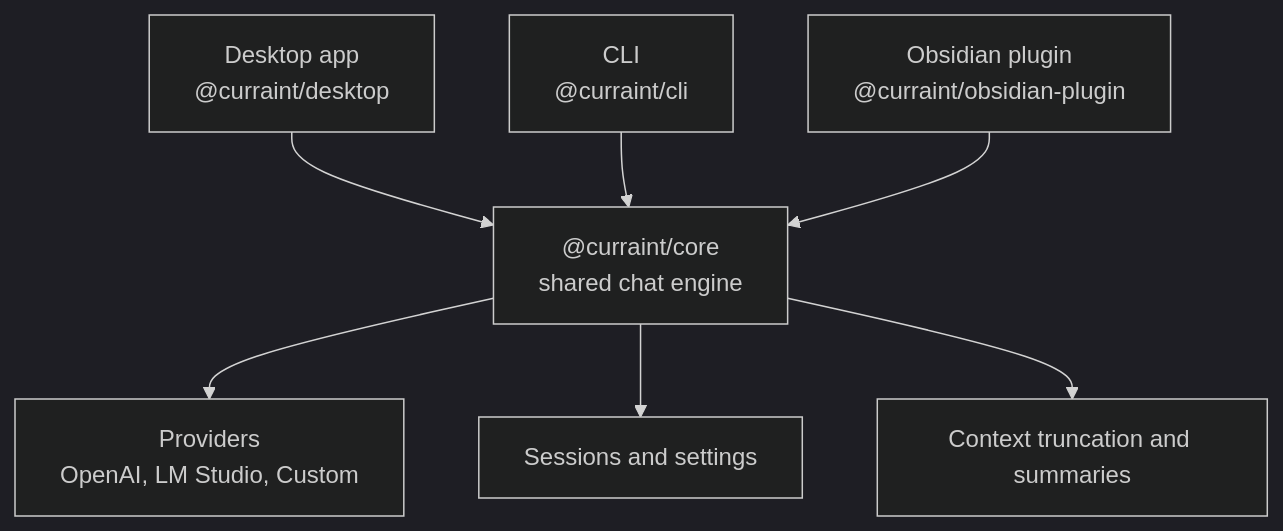
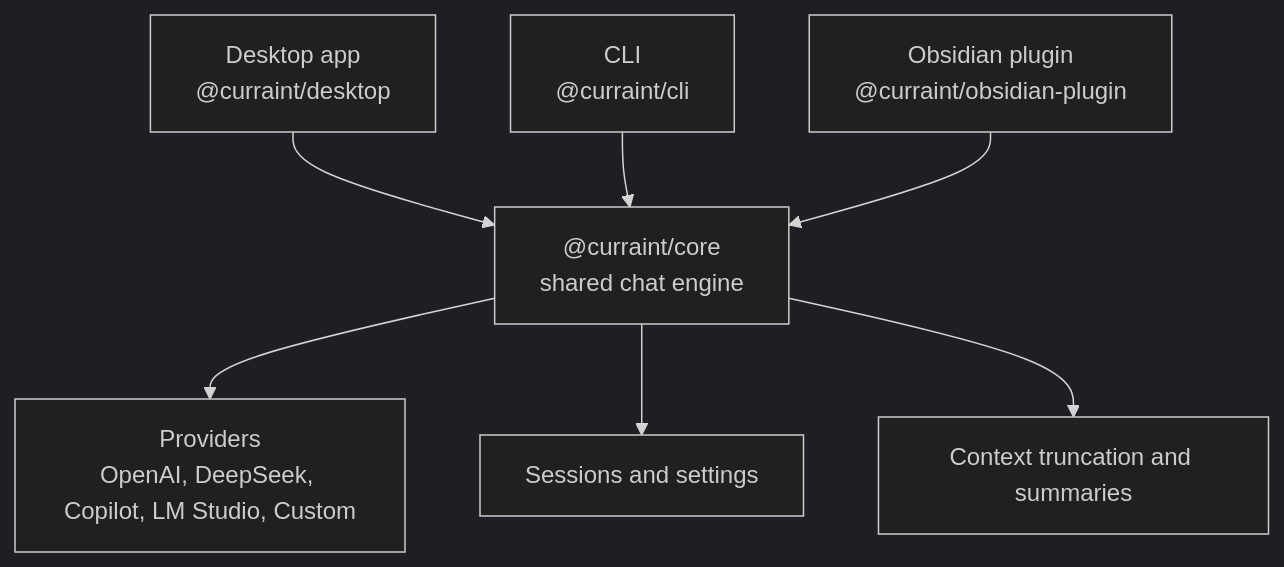
The diagram in README.md (mlnv/curraint), drawn with Mermaid (dark theme) before and after one commit. The commit also changed other lines of this file, not shown here.

Commit message:
docs: add DeepSeek and Copilot to provider lists in README

````diff
--- a/README.md
+++ b/README.md
@@ -59,16 +59,16 @@
 ```mermaid
 flowchart TD
     Desktop["Desktop app<br/>@curraint/desktop"]
     CLI["CLI<br/>@curraint/cli"]
     Obsidian["Obsidian plugin<br/>@curraint/obsidian-plugin"]
 
     Core["@curraint/core<br/>shared chat engine"]
 
     Desktop --> Core
     CLI --> Core
     Obsidian --> Core
 
-    Core --> Providers["Providers<br/>OpenAI, LM Studio, Custom"]
+    Core --> Providers["Providers<br/>OpenAI, DeepSeek, Copilot, LM Studio, Custom"]
     Core --> Sessions["Sessions and settings"]
     Core --> Context["Context truncation and summaries"]
 ```
````
